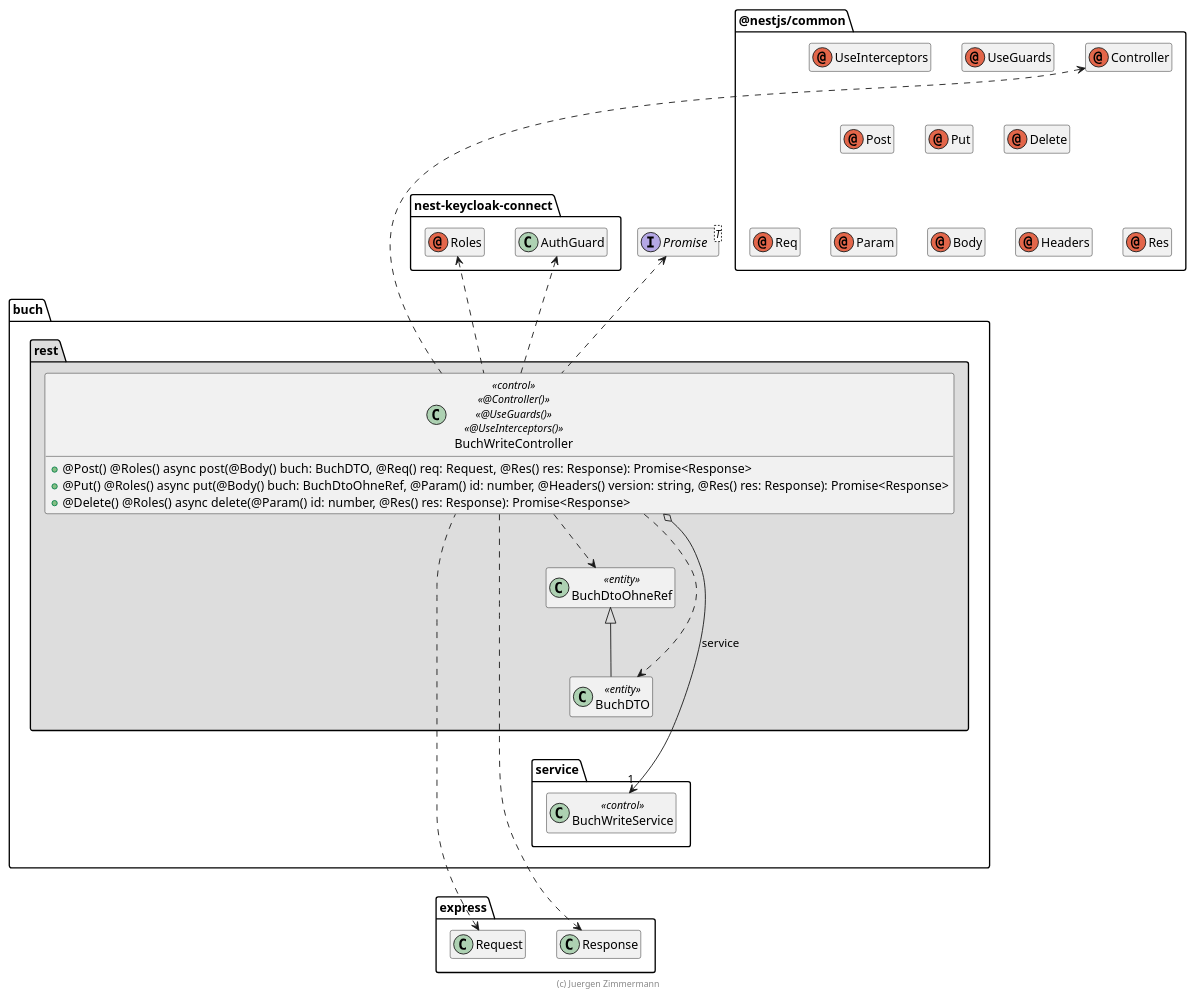
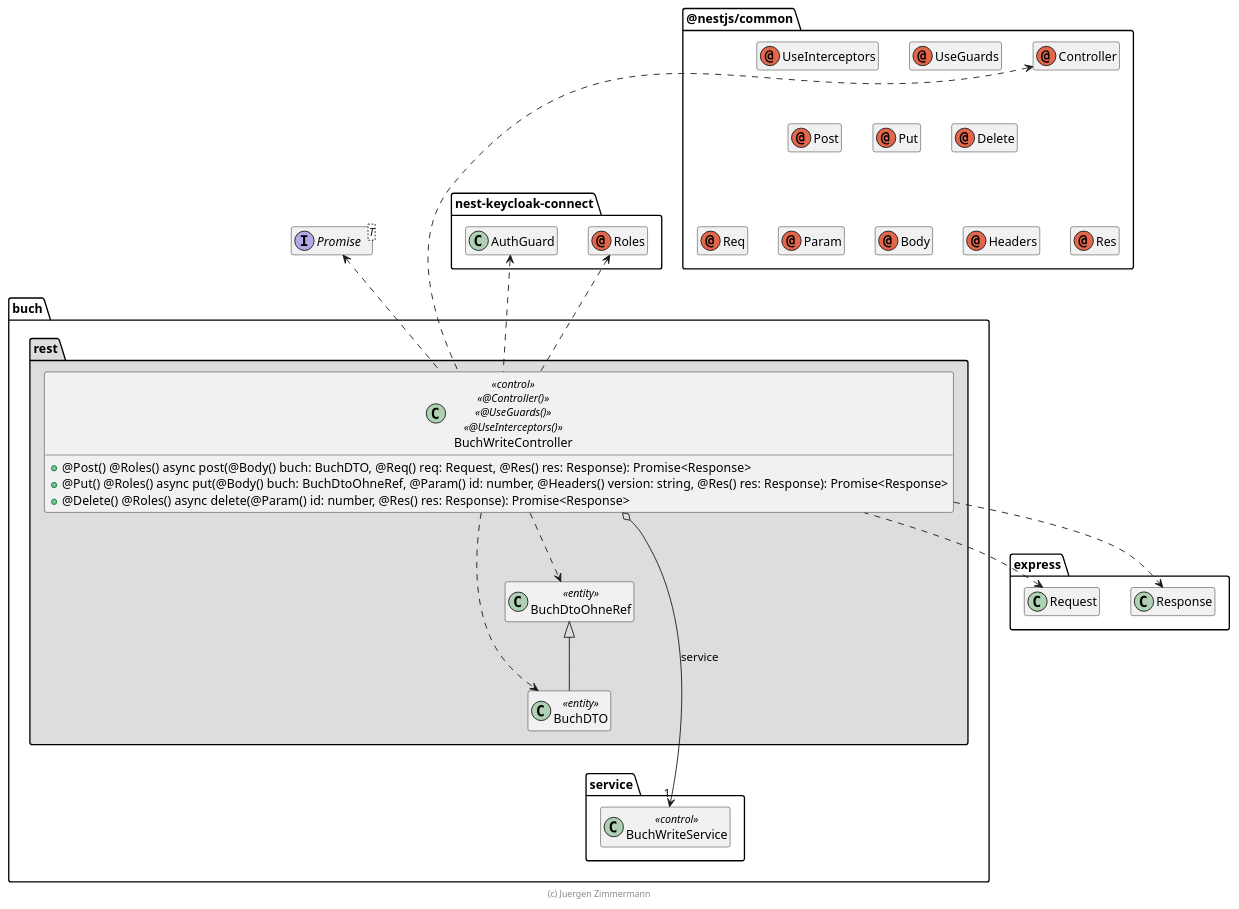
The diagram in .extras/doc/projekthandbuch/BuchWriteController.plantuml (juergenzimmermann/buch), drawn with PlantUML before and after one commit. The commit also changed 6 other files, not shown here.

Commit message:
Updates: @tsconfig/strictest, @types/k6, jiti, typescript-eslint, vite; [hidden] bei PlantUML

```diff
--- a/.extras/doc/projekthandbuch/BuchWriteController.plantuml
+++ b/.extras/doc/projekthandbuch/BuchWriteController.plantuml
@@ -18,87 +18,86 @@
 @startuml Controller-Klasse
 
 interface Promise<T>
 
 package @nestjs/common {
   annotation Controller
   annotation UseGuards
   annotation UseInterceptors
   annotation Post
   annotation Put
   annotation Delete
   annotation Req
   annotation Res
   annotation Param
   annotation Body
   annotation Headers
 
   UseInterceptors .[hidden].> Post
   UseInterceptors .[hidden].> Put
   UseInterceptors .[hidden].> Delete
 
   Post .[hidden].> Req
   Post .[hidden].> Res
   Post .[hidden].> Param
   Post .[hidden].> Body
   Post .[hidden].> Headers
 }
 
 package nest-keycloak-connect {
   class AuthGuard
   annotation Roles
 }
 
 package express {
   class Request
   class Response
 
   Response .right[hidden].> Controller
 }
 
 package buch {
   package service {
     class BuchWriteService << control >>
   }
 
   package rest #DDDDDD {
     class BuchDtoOhneRef << entity >>
     class BuchDTO << entity >>
     BuchDtoOhneRef <|-- BuchDTO
 
     class BuchWriteController << control >> << @Controller() >> << @UseGuards() >> << @UseInterceptors() >> {
       + @Post() @Roles() async post(@Body() buch: BuchDTO, @Req() req: Request,  @Res() res: Response): Promise<Response>
       + @Put() @Roles() async put(@Body() buch: BuchDtoOhneRef, @Param() id: number, @Headers() version: string, @Res() res: Response): Promise<Response>
       + @Delete() @Roles() async delete(@Param() id: number, @Res() res: Response): Promise<Response>
     }
 
     BuchWriteController o--> "1" BuchWriteService : service
 
     BuchWriteController ..> BuchDTO
     BuchWriteController ..> BuchDtoOhneRef
 
     BuchWriteController .up.> Controller
 
     BuchWriteController .up.> AuthGuard
     BuchWriteController .up.> Roles
 
     BuchWriteController .up.> Request
     BuchWriteController ..> Response
 
     BuchWriteController .up.> Promise
 
-    AuthGuard .[hidden]left.> Res
-    Roles .[hidden]left.> Res
-    BuchDTO .[hidden]down.> BuchWriteService
-    BuchWriteService .[hidden]down.> Request
-    BuchWriteService .[hidden]down.> Response
-    BuchWriteService .[hidden]down.> Promise
-    AuthGuard .[hidden]left.> Promise
-    BuchWriteService .[hidden]down.> Request
+    AuthGuard .left[hidden].> Res
+    Roles .left[hidden].> Res
+    BuchDTO .down[hidden].> BuchWriteService
+    BuchWriteService .right[hidden].> Request
+    BuchWriteService .down[hidden].> Promise
+    AuthGuard .left[hidden].> Promise
+    BuchWriteService .down[hidden].> Request
   }
 }
 
 hide empty members
 
 footer (c) Juergen Zimmermann
 
 @enduml
```
